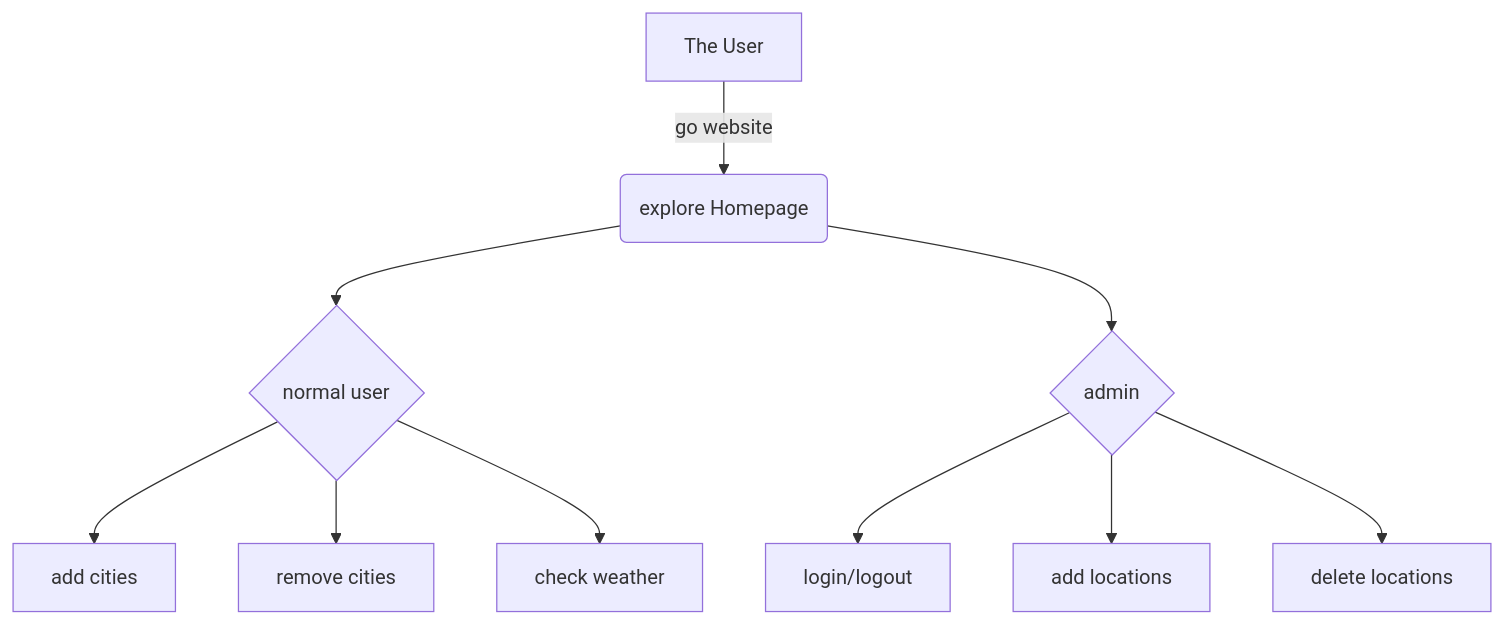
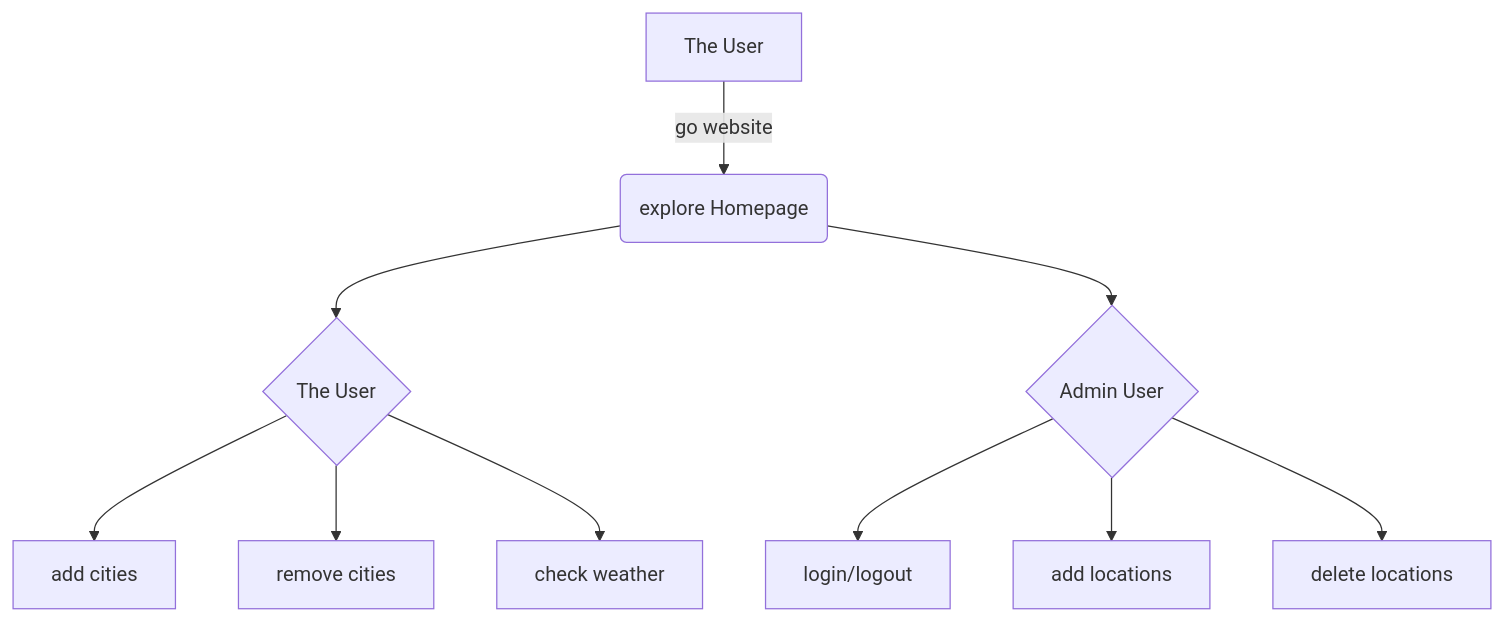
Before and after one commit to azurewood/capstone: the second of 2 diagrams in README.md, drawn with Mermaid. The commit also changed other lines of this file and 11 other files, not shown here.

````diff
--- a/README.md
+++ b/README.md
@@ -42,13 +42,13 @@
 ```mermaid
 flowchart TD
     A[The User] -->|go website| B(explore Homepage)
-    B --> C{normal user}
+    B --> C{The User}
     C -->D[add cities]
     C -->E[remove cities]
     C -->F[check weather]
 
-    B --> H{admin}
+    B --> H{Admin User}
     H -->I[login/logout]
     H -->J[add locations]
     H -->K[delete locations]
 ```
````
